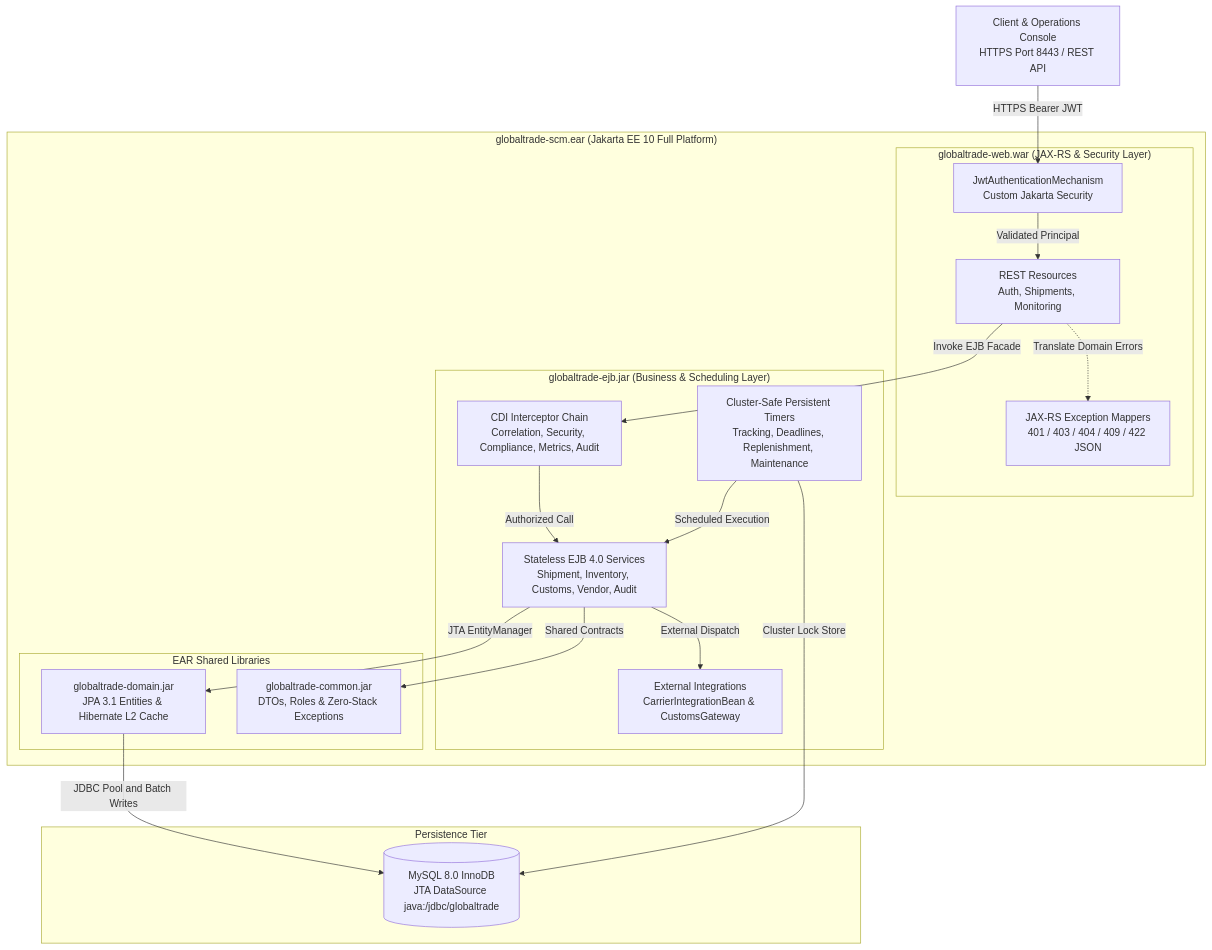
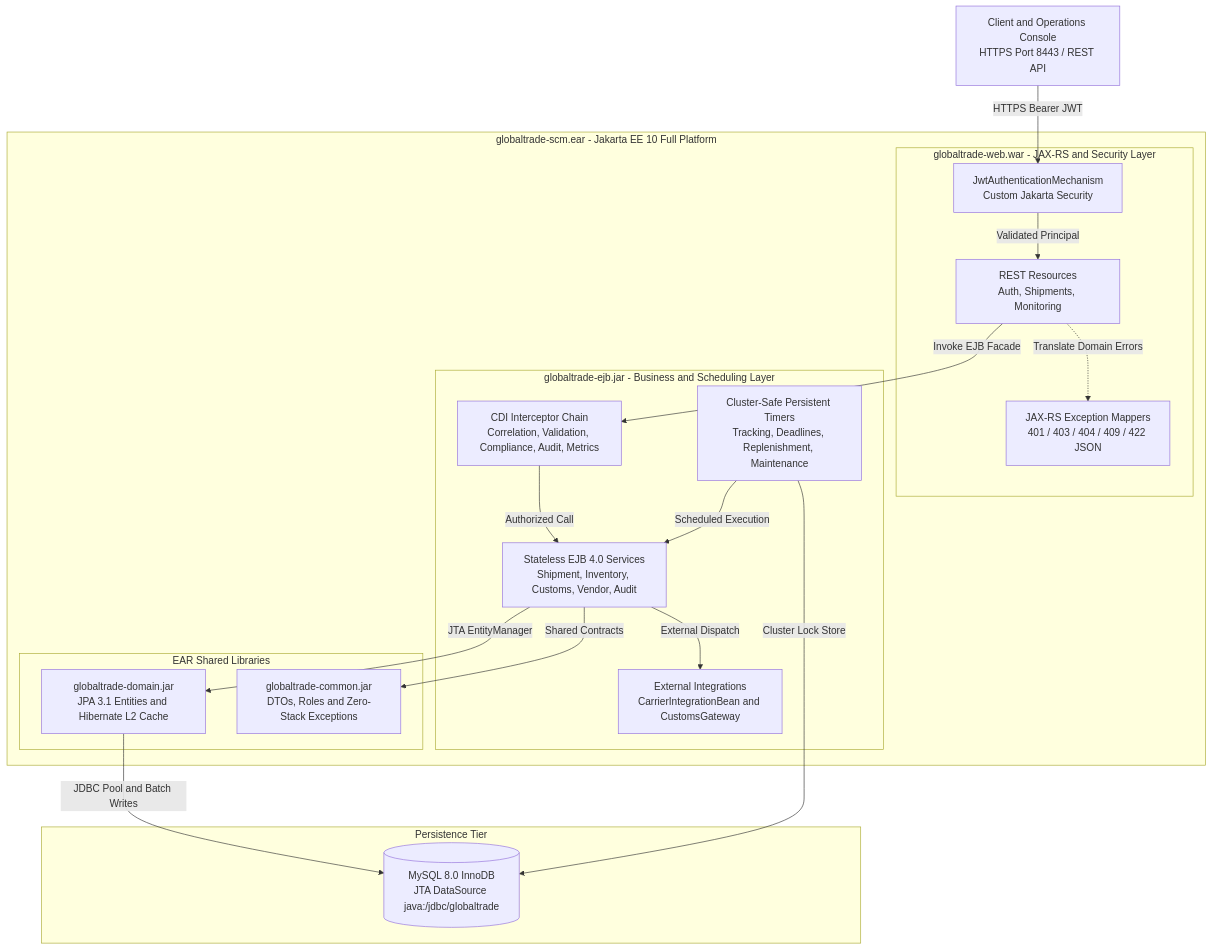
One commit to theekshana-sudeepa/globaltrade-scm changed the first of 3 diagrams in README.md. Above: the diagram before and after it, drawn with Mermaid. The commit also changed other lines of this file, not shown here.

Commit message:
docs(readme): harden Mermaid diagrams, add EIP/SOLID architecture matrix, and document TLS console

````diff
--- a/README.md
+++ b/README.md
@@ -24,40 +24,40 @@
 ```mermaid
 flowchart TB
-    Client["Client & Operations Console<br/>HTTPS Port 8443 / REST API"]
+    Client["Client and Operations Console<br/>HTTPS Port 8443 / REST API"]
 
-    subgraph EAR["globaltrade-scm.ear (Jakarta EE 10 Full Platform)"]
-        subgraph WEB["globaltrade-web.war (JAX-RS & Security Layer)"]
+    subgraph EAR["globaltrade-scm.ear - Jakarta EE 10 Full Platform"]
+        subgraph WEB["globaltrade-web.war - JAX-RS and Security Layer"]
             JwtMech["JwtAuthenticationMechanism<br/>Custom Jakarta Security"]
             RestApi["REST Resources<br/>Auth, Shipments, Monitoring"]
             ExMappers["JAX-RS Exception Mappers<br/>401 / 403 / 404 / 409 / 422 JSON"]
         end
 
-        subgraph EJB["globaltrade-ejb.jar (Business & Scheduling Layer)"]
-            Interceptors["CDI Interceptor Chain<br/>Correlation, Security, Compliance, Metrics, Audit"]
+        subgraph EJB["globaltrade-ejb.jar - Business and Scheduling Layer"]
+            Interceptors["CDI Interceptor Chain<br/>Correlation, Validation, Compliance, Audit, Metrics"]
             Services["Stateless EJB 4.0 Services<br/>Shipment, Inventory, Customs, Vendor, Audit"]
             Timers["Cluster-Safe Persistent Timers<br/>Tracking, Deadlines, Replenishment, Maintenance"]
-            Gateways["External Integrations<br/>CarrierIntegrationBean & CustomsGateway"]
+            Gateways["External Integrations<br/>CarrierIntegrationBean and CustomsGateway"]
         end
 
         subgraph LIB["EAR Shared Libraries"]
-            Domain["globaltrade-domain.jar<br/>JPA 3.1 Entities & Hibernate L2 Cache"]
-            Common["globaltrade-common.jar<br/>DTOs, Roles & Zero-Stack Exceptions"]
+            Domain["globaltrade-domain.jar<br/>JPA 3.1 Entities and Hibernate L2 Cache"]
+            Common["globaltrade-common.jar<br/>DTOs, Roles and Zero-Stack Exceptions"]
         end
     end
 
     subgraph DB["Persistence Tier"]
         MySQL[("MySQL 8.0 InnoDB<br/>JTA DataSource java:/jdbc/globaltrade")]
     end
 
     Client -->|HTTPS Bearer JWT| JwtMech
     JwtMech -->|Validated Principal| RestApi
     RestApi -->|Invoke EJB Facade| Interceptors
     RestApi -.->|Translate Domain Errors| ExMappers
     Interceptors -->|Authorized Call| Services
     Services -->|External Dispatch| Gateways
     Timers -->|Scheduled Execution| Services
     Services -->|JTA EntityManager| Domain
     Services -->|Shared Contracts| Common
     Domain -->|JDBC Pool and Batch Writes| MySQL
     Timers -->|Cluster Lock Store| MySQL
 ```
````
